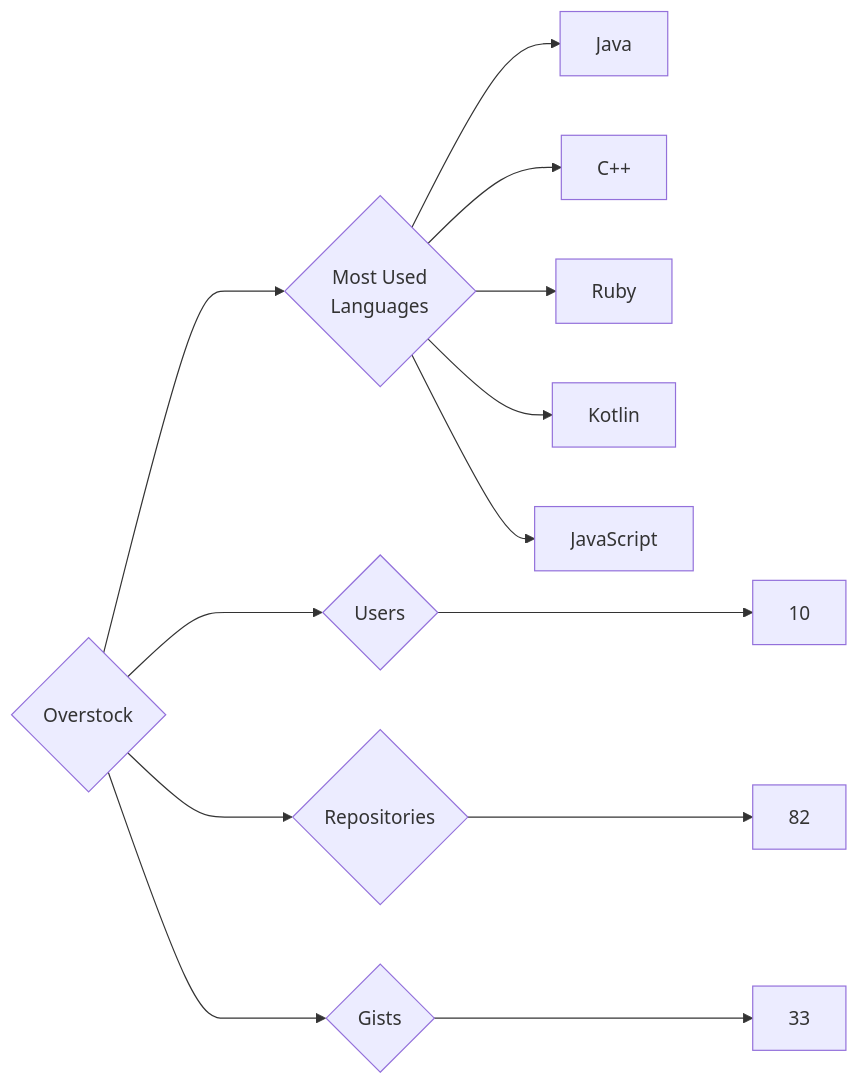
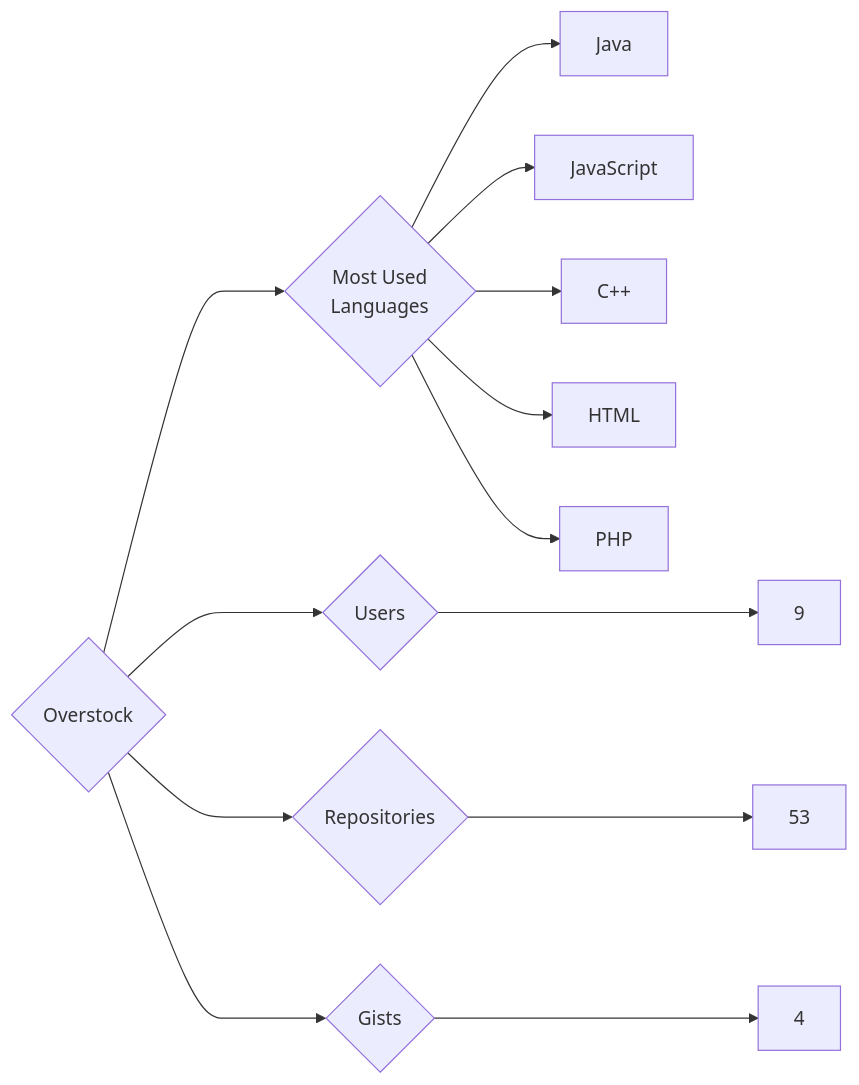
The diagram in targets/Overstock/README.md (trickest/insiders), drawn with Mermaid before and after one commit. The commit also changed 1496 other files, not shown here.

````diff
--- a/targets/Overstock/README.md
+++ b/targets/Overstock/README.md
@@ -3,13 +3,13 @@
 ```mermaid
 graph LR
 COMPANY_NAME{Overstock}
-COMPANY_NAME ---> U{Users} ---> UN[10]
-COMPANY_NAME ---> R{Repositories} ---> RN[82]
-COMPANY_NAME ---> G{Gists} ---> GN[33]
+COMPANY_NAME ---> U{Users} ---> UN[9]
+COMPANY_NAME ---> R{Repositories} ---> RN[53]
+COMPANY_NAME ---> G{Gists} ---> GN[4]
 COMPANY_NAME ---> ML{Most Used<br>Languages}
 ML --> Java[Java]
+ML --> JavaScript[JavaScript]
 ML --> C++[C++]
-ML --> Ruby[Ruby]
-ML --> Kotlin[Kotlin]
-ML --> JavaScript[JavaScript]
+ML --> HTML[HTML]
+ML --> PHP[PHP]
 ```
````
